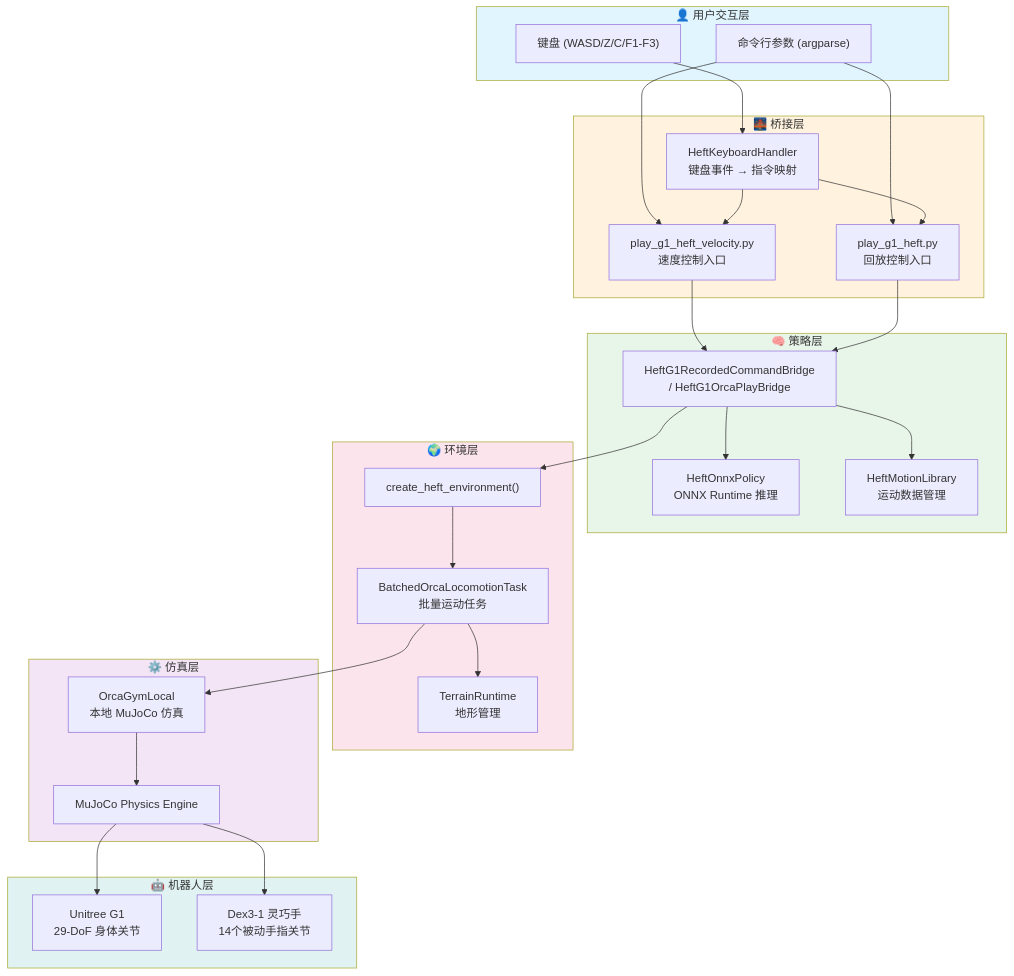
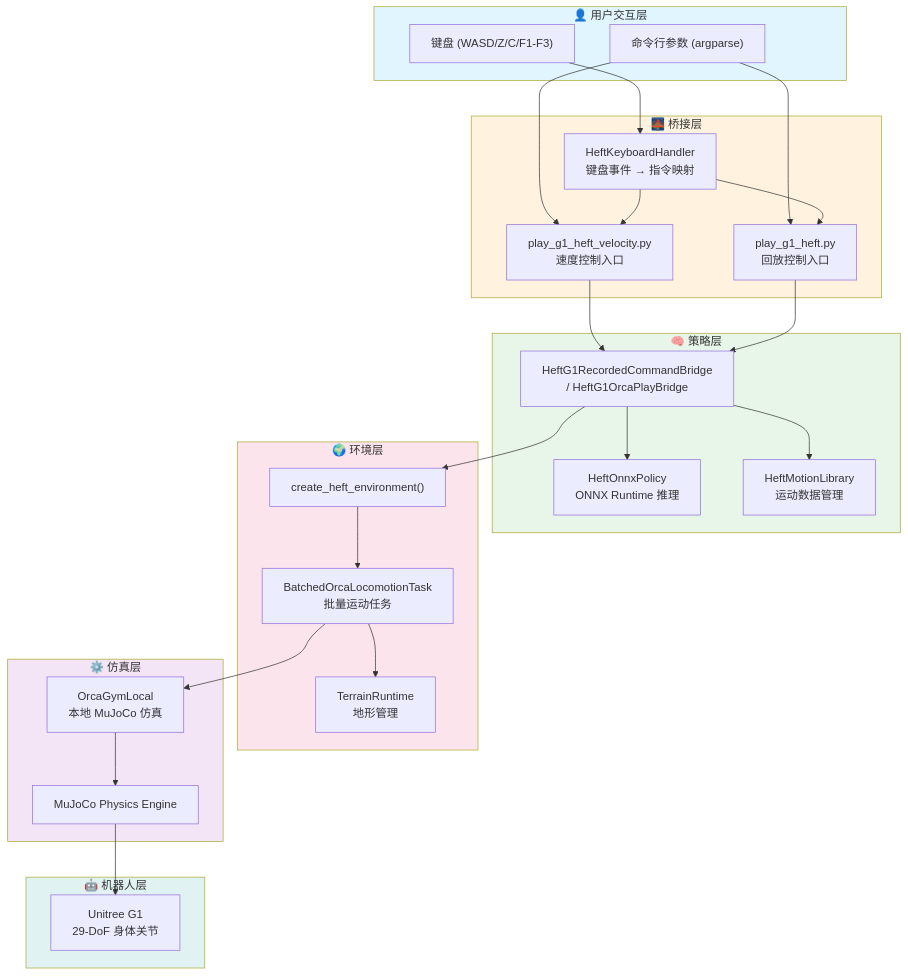
Before and after one commit to openverse-orca/BinJiang_Unitree_g1_locomotion: the first of 6 diagrams in docs/TRAINING_GUIDE.md, drawn with Mermaid. The commit also changed other lines of this file and 10 other files, not shown here.

````diff
--- a/docs/TRAINING_GUIDE.md
+++ b/docs/TRAINING_GUIDE.md
@@ -111,59 +110,57 @@
 ```mermaid
 graph TB
     subgraph UserLayer["👤 用户交互层"]
         KB["键盘 (WASD/Z/C/F1-F3)"]
         CLI["命令行参数 (argparse)"]
     end
 
     subgraph BridgeLayer["🌉 桥接层"]
         KBBridge["HeftKeyboardHandler<br/>键盘事件 → 指令映射"]
         VPlay["play_g1_heft_velocity.py<br/>速度控制入口"]
         RPlay["play_g1_heft.py<br/>回放控制入口"]
     end
 
     subgraph PolicyLayer["🧠 策略层"]
         Bridge["HeftG1RecordedCommandBridge<br/>/ HeftG1OrcaPlayBridge"]
         OnnxPolicy["HeftOnnxPolicy<br/>ONNX Runtime 推理"]
         MotionLib["HeftMotionLibrary<br/>运动数据管理"]
     end
 
     subgraph EnvLayer["🌍 环境层"]
         Factory["create_heft_environment()"]
         Task["BatchedOrcaLocomotionTask<br/>批量运动任务"]
         Terrain["TerrainRuntime<br/>地形管理"]
     end
 
     subgraph SimLayer["⚙️ 仿真层"]
         OrcaGym["OrcaGymLocal<br/>本地 MuJoCo 仿真"]
         Mujoco["MuJoCo Physics Engine"]
     end
 
     subgraph RobotLayer["🤖 机器人层"]
         G1["Unitree G1<br/>29-DoF 身体关节"]
-        Dex3["Dex3-1 灵巧手<br/>14个被动手指关节"]
     end
 
     KB --> KBBridge
     CLI --> VPlay
     CLI --> RPlay
     KBBridge --> VPlay
     KBBridge --> RPlay
     VPlay --> Bridge
     RPlay --> Bridge
     Bridge --> OnnxPolicy
     Bridge --> MotionLib
     Bridge --> Factory
     Factory --> Task
     Task --> OrcaGym
     OrcaGym --> Mujoco
     Task --> Terrain
     Mujoco --> G1
-    Mujoco --> Dex3
 
     style UserLayer fill:#e1f5fe
     style BridgeLayer fill:#fff3e0
     style PolicyLayer fill:#e8f5e9
     style EnvLayer fill:#fce4ec
     style SimLayer fill:#f3e5f5
     style RobotLayer fill:#e0f2f1
 ```
````
